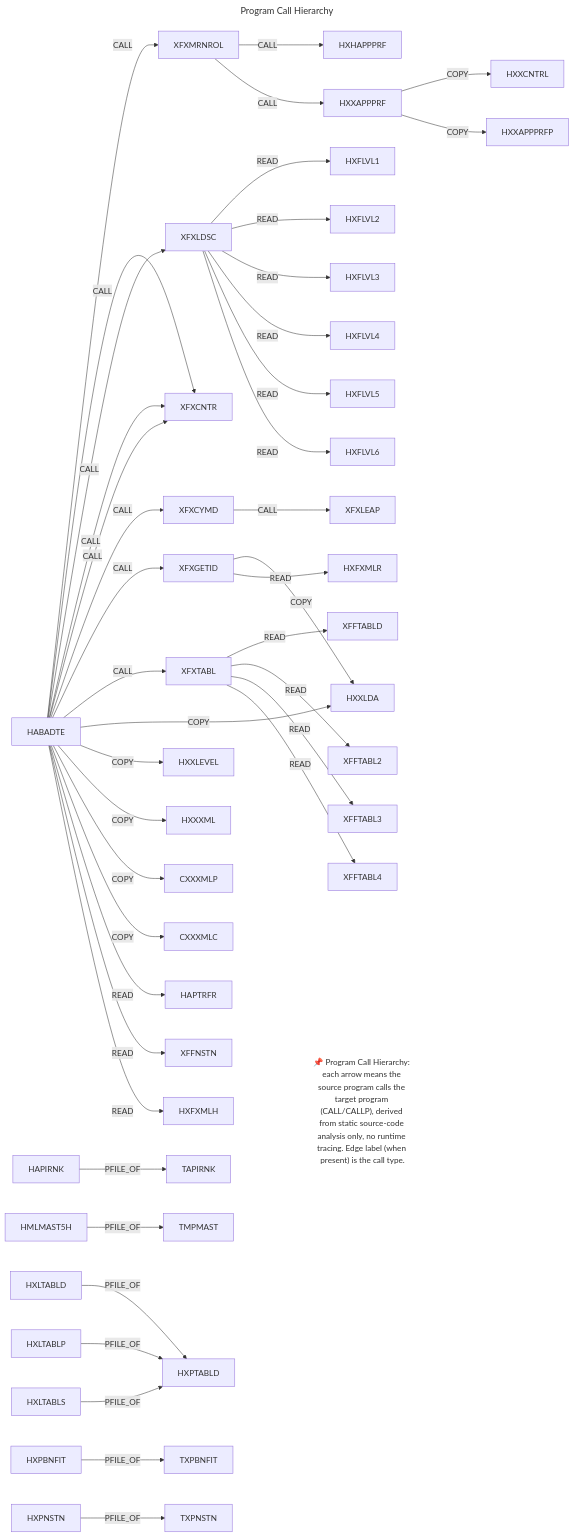
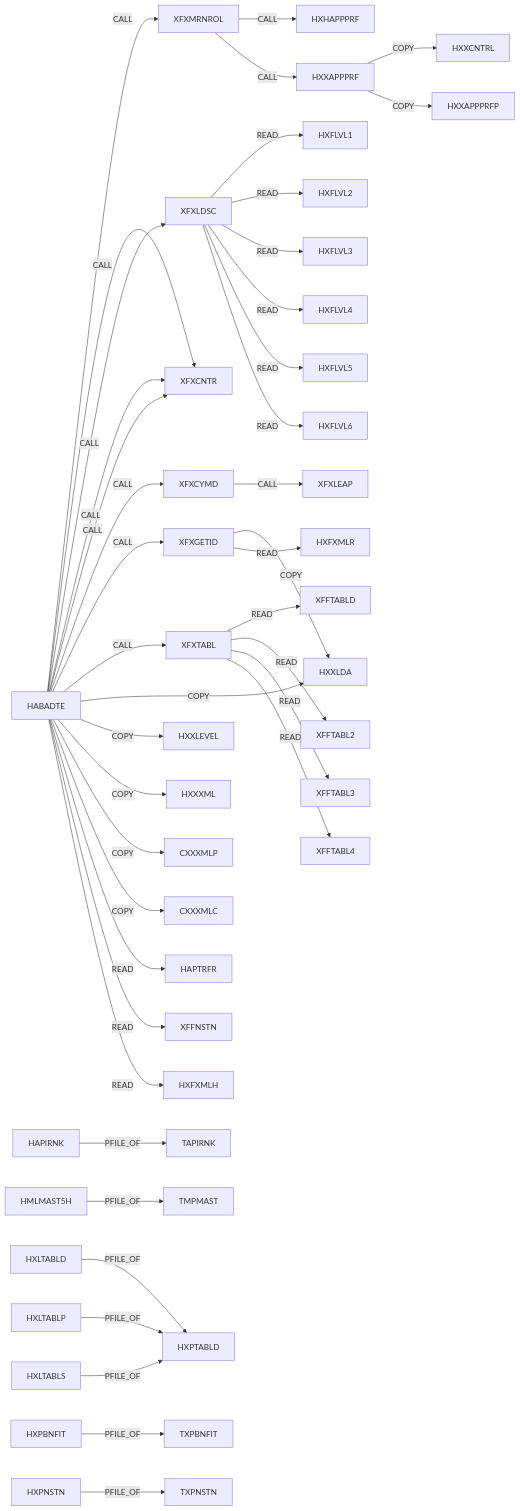
One commit to gauravgarg284/AS400-ReverseEngineering changed the diagram in runs/202607081435/docs/diagrams/CALL_GRAPH.mmd. Above: the diagram before and after it, drawn with Mermaid. The commit also changed 26 other files, not shown here.

First line of the commit message:
Revert diagram/legend changes on existing run artifacts

```diff
--- a/runs/202607081435/docs/diagrams/CALL_GRAPH.mmd
+++ b/runs/202607081435/docs/diagrams/CALL_GRAPH.mmd
@@ -1,51 +1,43 @@
----
-title: Program Call Hierarchy
----
 %%{init: {"flowchart": {"nodeSpacing": 60, "rankSpacing": 70}}}%%
 %% Program Call Hierarchy
-%% Shows CALL/CALLP relationships between AS400 programs, extracted via
-%% static dependency-graph analysis of RPG source. A --> B means A calls B.
 flowchart LR
     XFXCYMD -->|CALL| XFXLEAP
     XFXMRNROL -->|CALL| HXHAPPPRF
     XFXMRNROL -->|CALL| HXXAPPPRF
     HABADTE -->|CALL| XFXMRNROL
     HABADTE -->|CALL| XFXCNTR
     HABADTE -->|CALL| XFXLDSC
     HABADTE -->|CALL| XFXCNTR
     HABADTE -->|CALL| XFXCNTR
     HABADTE -->|CALL| XFXCYMD
     HABADTE -->|CALL| XFXGETID
     HABADTE -->|CALL| XFXTABL
     HXXAPPPRF -->|COPY| HXXCNTRL
     HXXAPPPRF -->|COPY| HXXAPPPRFP
     XFXGETID -->|COPY| HXXLDA
     HABADTE -->|COPY| HXXLDA
     HABADTE -->|COPY| HXXLEVEL
     HABADTE -->|COPY| HXXXML
     HABADTE -->|COPY| CXXXMLP
     HABADTE -->|COPY| CXXXMLC
     HAPIRNK -->|PFILE_OF| TAPIRNK
     HMLMAST5H -->|PFILE_OF| TMPMAST
     HXLTABLD -->|PFILE_OF| HXPTABLD
     HXLTABLP -->|PFILE_OF| HXPTABLD
     HXLTABLS -->|PFILE_OF| HXPTABLD
     HXPBNFIT -->|PFILE_OF| TXPBNFIT
     HXPNSTN -->|PFILE_OF| TXPNSTN
     XFXGETID -->|READ| HXFXMLR
     XFXLDSC -->|READ| HXFLVL1
     XFXLDSC -->|READ| HXFLVL2
     XFXLDSC -->|READ| HXFLVL3
     XFXLDSC -->|READ| HXFLVL4
     XFXLDSC -->|READ| HXFLVL5
     XFXLDSC -->|READ| HXFLVL6
     XFXTABL -->|READ| XFFTABLD
     XFXTABL -->|READ| XFFTABL2
     XFXTABL -->|READ| XFFTABL3
     XFXTABL -->|READ| XFFTABL4
     HABADTE -->|READ| HAPTRFR
     HABADTE -->|READ| XFFNSTN
     HABADTE -->|READ| HXFXMLH
-    DESC["📌 Program Call Hierarchy: each arrow means the source program calls the target program (CALL/CALLP), derived from static source-code analysis only, no runtime tracing. Edge label (when present) is the call type."]
-    HXFXMLH ~~~ DESC
-    style DESC fill:transparent,stroke:none
```
